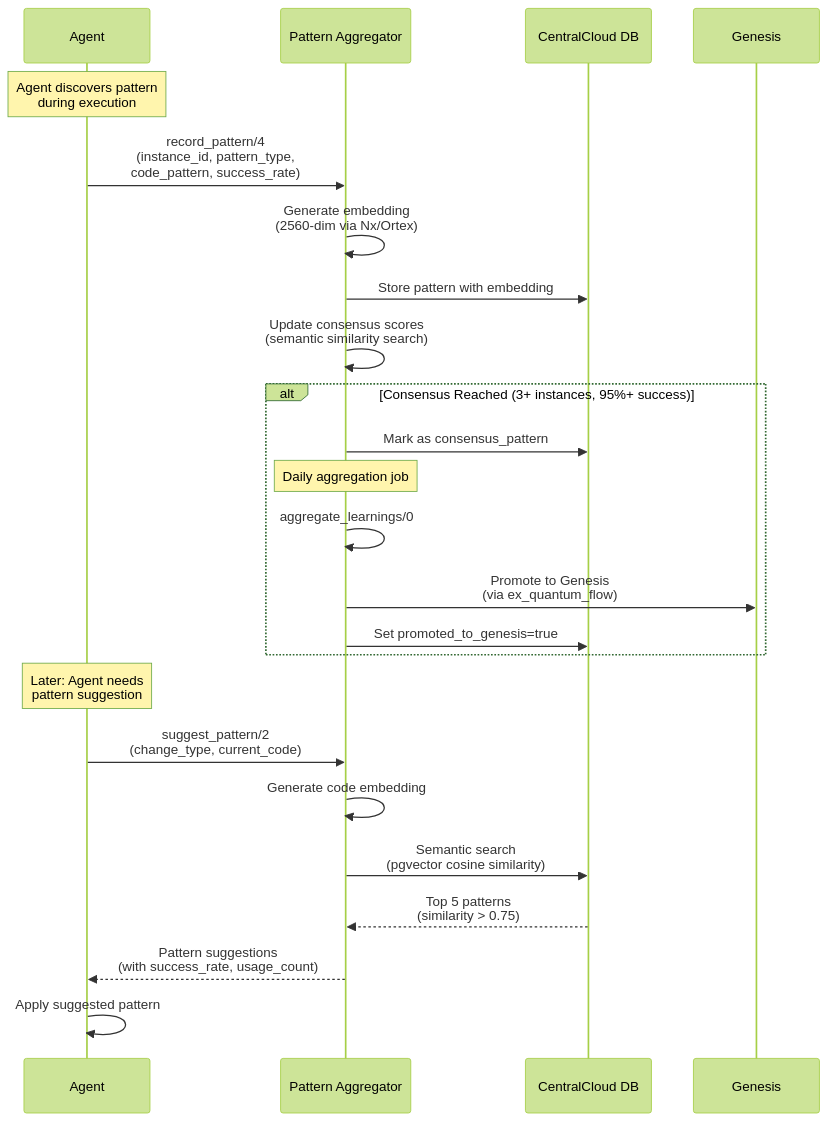
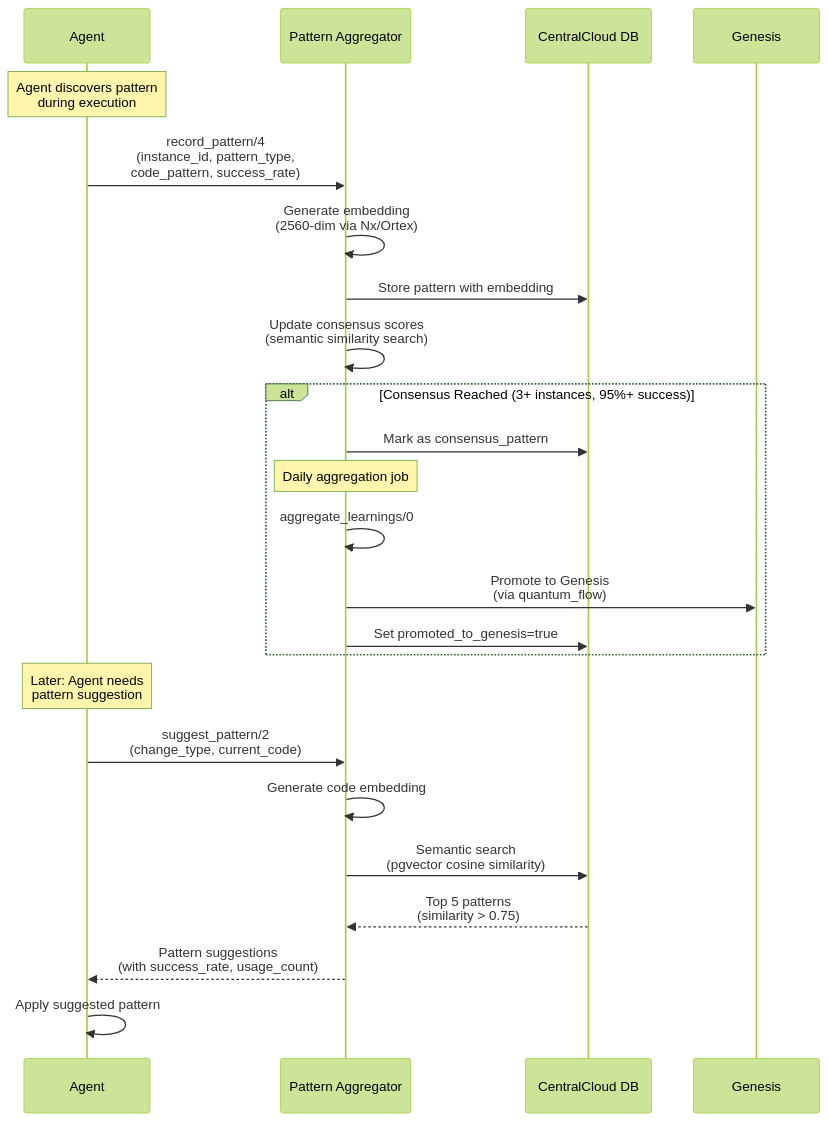
One commit to mikkihugo/ex_llm changed the second of 6 diagrams in CENTRAL_EVOLUTION_DECISION_TREE.md. Above: the diagram before and after it, drawn with Mermaid (forest theme). The commit also changed other lines of this file and 234 other files, not shown here.

````diff
--- a/CENTRAL_EVOLUTION_DECISION_TREE.md
+++ b/CENTRAL_EVOLUTION_DECISION_TREE.md
@@ -64,34 +64,34 @@
 ```mermaid
 sequenceDiagram
     participant A as Agent
     participant PA as Pattern Aggregator
     participant DB as CentralCloud DB
     participant G as Genesis
 
     Note over A: Agent discovers pattern<br/>during execution
 
     A->>PA: record_pattern/4<br/>(instance_id, pattern_type,<br/>code_pattern, success_rate)
 
     PA->>PA: Generate embedding<br/>(2560-dim via Nx/Ortex)
     PA->>DB: Store pattern with embedding
 
     PA->>PA: Update consensus scores<br/>(semantic similarity search)
 
     alt Consensus Reached (3+ instances, 95%+ success)
         PA->>DB: Mark as consensus_pattern
         Note over PA: Daily aggregation job
         PA->>PA: aggregate_learnings/0
-        PA->>G: Promote to Genesis<br/>(via ex_quantum_flow)
+        PA->>G: Promote to Genesis<br/>(via quantum_flow)
         PA->>DB: Set promoted_to_genesis=true
     end
 
     Note over A: Later: Agent needs<br/>pattern suggestion
 
     A->>PA: suggest_pattern/2<br/>(change_type, current_code)
     PA->>PA: Generate code embedding
     PA->>DB: Semantic search<br/>(pgvector cosine similarity)
     DB-->>PA: Top 5 patterns<br/>(similarity > 0.75)
     PA-->>A: Pattern suggestions<br/>(with success_rate, usage_count)
 
     A->>A: Apply suggested pattern
 ```
````
